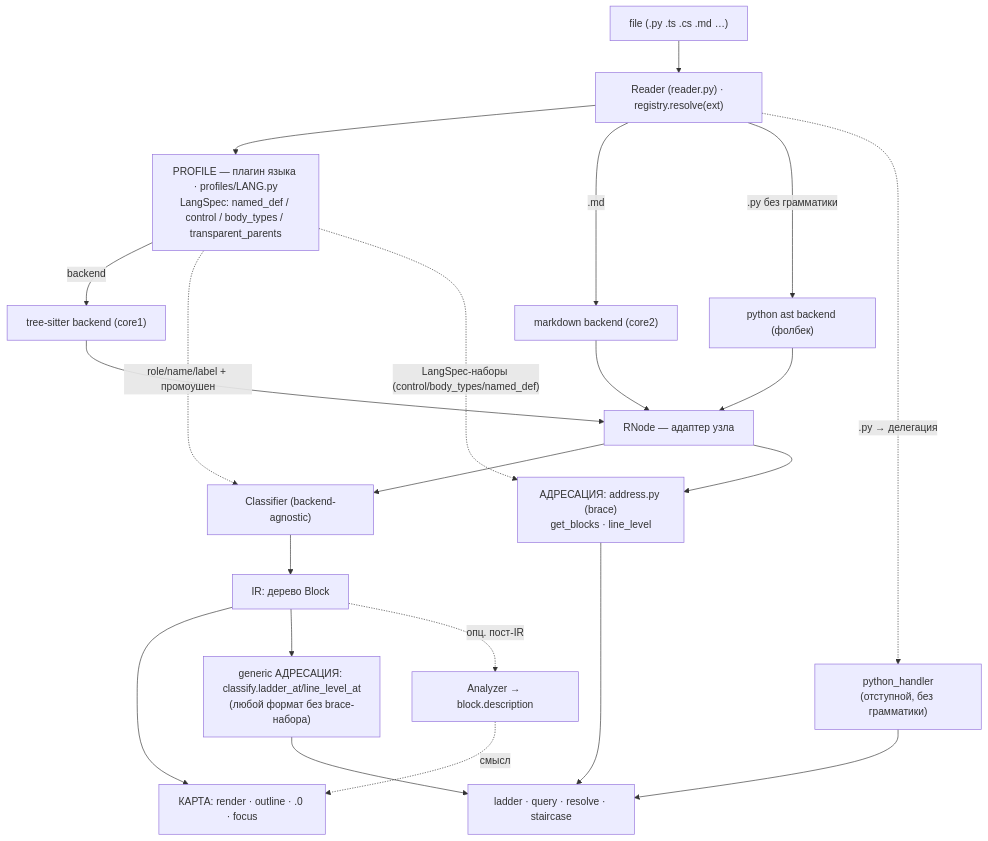
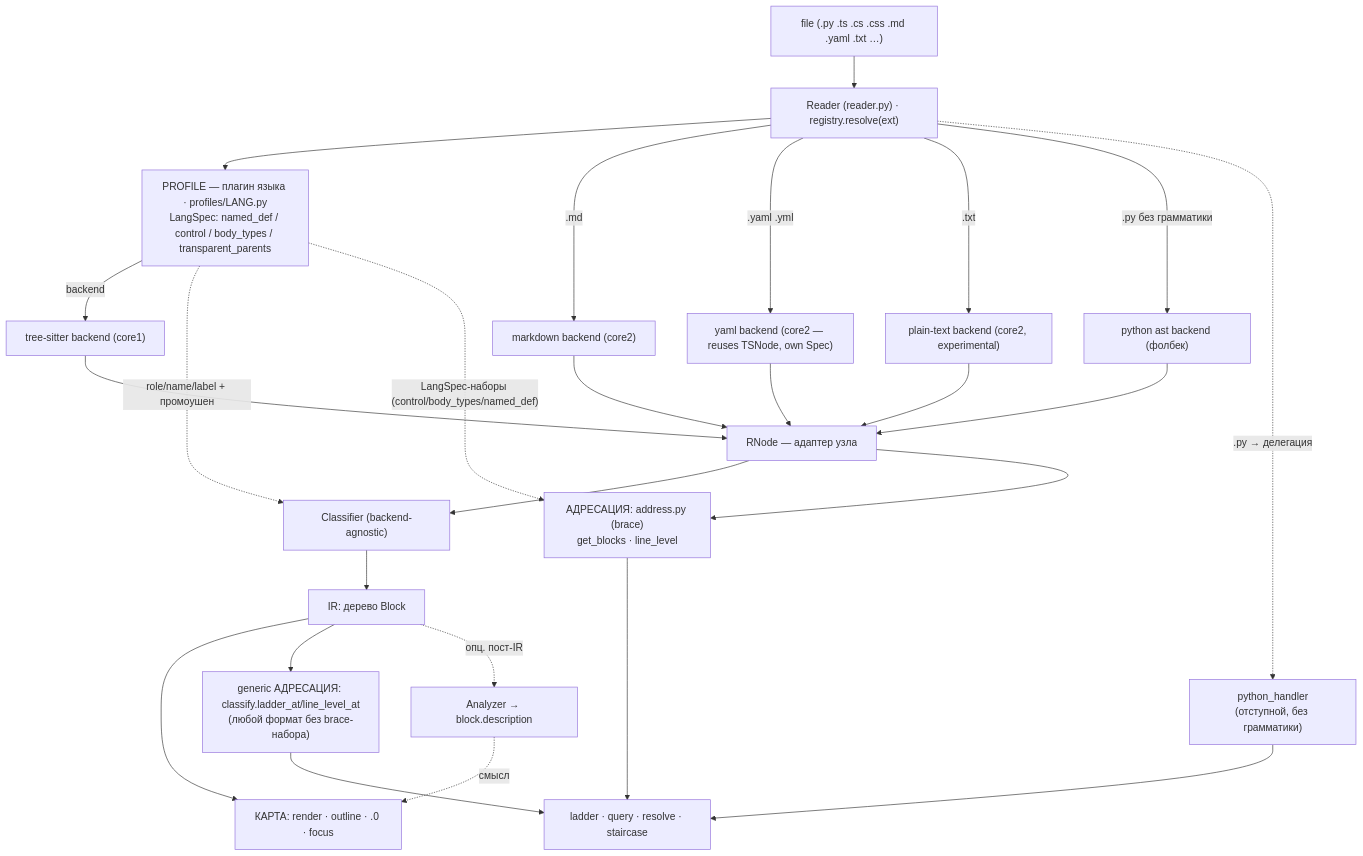
Before and after one commit to seneelya/Project-Context-Box-Tools: the diagram in get_codeblock/reader/CONTRACT.md, drawn with Mermaid. The commit also changed other lines of this file and 4 other files, not shown here.

First line of the commit message:
docs: refresh get_codeblock docs for YAML and plain-text support

````diff
--- a/get_codeblock/reader/CONTRACT.md
+++ b/get_codeblock/reader/CONTRACT.md
@@ -31,26 +32,30 @@
 ```mermaid
 flowchart TB
-  F["file (.py .ts .cs .md …)"] --> R["Reader (reader.py) · registry.resolve(ext)"]
+  F["file (.py .ts .cs .css .md .yaml .txt …)"] --> R["Reader (reader.py) · registry.resolve(ext)"]
   R --> P["PROFILE — плагин языка · profiles/LANG.py<br/>LangSpec: named_def / control / body_types / transparent_parents"]
   P -->|backend| TS["tree-sitter backend (core1)"]
   R -->|.md| MD["markdown backend (core2)"]
+  R -->|.yaml .yml| YML["yaml backend (core2 — reuses TSNode, own Spec)"]
+  R -->|.txt| TXT["plain-text backend (core2, experimental)"]
   R -->|".py без грамматики"| AST["python ast backend (фолбек)"]
   TS --> N["RNode — адаптер узла"]
   MD --> N
+  YML --> N
+  TXT --> N
   AST --> N
 
   N --> C["Classifier (backend-agnostic)"]
   P -. "role/name/label + промоушен" .-> C
   C --> IR["IR: дерево Block"]
   IR --> OUTMAP["КАРТА: render · outline · .0 · focus"]
   IR --> GENADDR["generic АДРЕСАЦИЯ: classify.ladder_at/line_level_at<br/>(любой формат без brace-набора)"]
   IR -. "опц. пост-IR" .-> AN["Analyzer → block.description"]
   AN -. "смысл" .-> OUTMAP
 
   N --> ADDR["АДРЕСАЦИЯ: address.py (brace)<br/>get_blocks · line_level"]
   P -. "LangSpec-наборы (control/body_types/named_def)" .-> ADDR
   R -. ".py → делегация" .-> DEL["python_handler<br/>(отступной, без грамматики)"]
   ADDR --> ADDROUT["ladder · query · resolve · staircase"]
   DEL --> ADDROUT
   GENADDR --> ADDROUT
 ```
````
